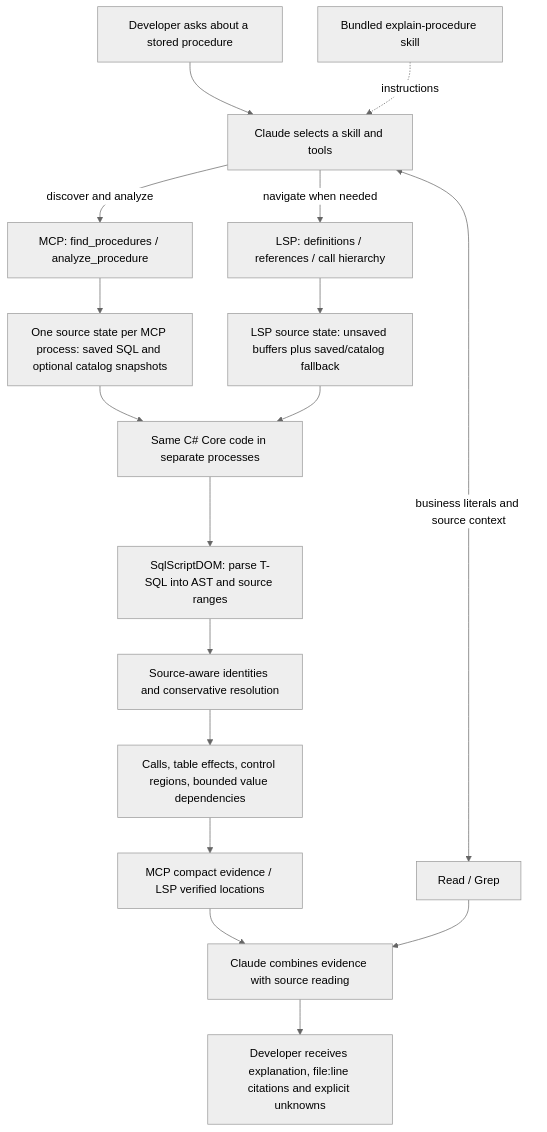
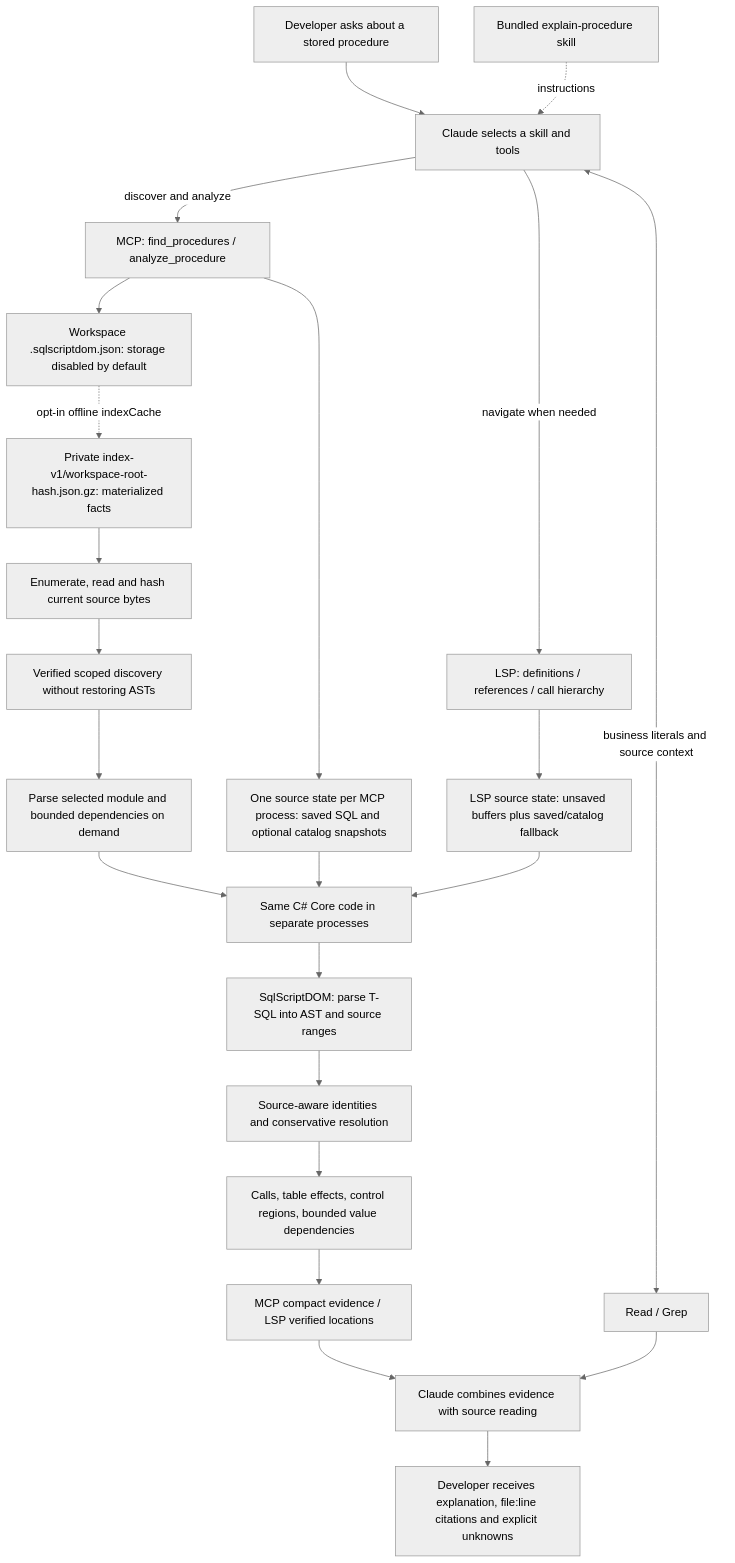
Before and after one commit to yongding422/ClaudeCode_SQL_LSP: the diagram in docs/plugin-workflow.md, drawn with Mermaid (neutral theme). The commit also changed other lines of this file and 16 other files, not shown here.

````diff
--- a/docs/plugin-workflow.md
+++ b/docs/plugin-workflow.md
@@ -7,19 +7,25 @@
 ```mermaid
 flowchart TD
     Question[Developer asks about a stored procedure] --> Claude[Claude selects a skill and tools]
     Skill[Bundled explain-procedure skill] -. instructions .-> Claude
     Claude -->|discover and analyze| MCP[MCP: find_procedures / analyze_procedure]
     Claude -->|navigate when needed| LSP[LSP: definitions / references / call hierarchy]
     Claude <-->|business literals and source context| Read[Read / Grep]
     MCP --> Saved[One source state per MCP process: saved SQL and optional catalog snapshots]
+    MCP --> Settings[Workspace .sqlscriptdom.json: storage disabled by default]
+    Settings -. opt-in offline indexCache .-> Persisted[Private index-v1/workspace-root-hash.json.gz: materialized facts]
+    Persisted --> Verify[Enumerate, read and hash current source bytes]
+    Verify --> Discovery[Verified scoped discovery without restoring ASTs]
+    Discovery --> Demand[Parse selected module and bounded dependencies on demand]
+    Demand --> Core
     LSP --> Overlay[LSP source state: unsaved buffers plus saved/catalog fallback]
     Saved --> Core[Same C# Core code in separate processes]
     Overlay --> Core
     Core --> Parser[SqlScriptDOM: parse T-SQL into AST and source ranges]
     Parser --> Index[Source-aware identities and conservative resolution]
     Index --> Facts[Calls, table effects, control regions, bounded value dependencies]
     Facts --> Results[MCP compact evidence / LSP verified locations]
     Results --> Explain[Claude combines evidence with source reading]
     Read --> Explain
     Explain --> Answer[Developer receives explanation, file:line citations and explicit unknowns]
 ```
````
